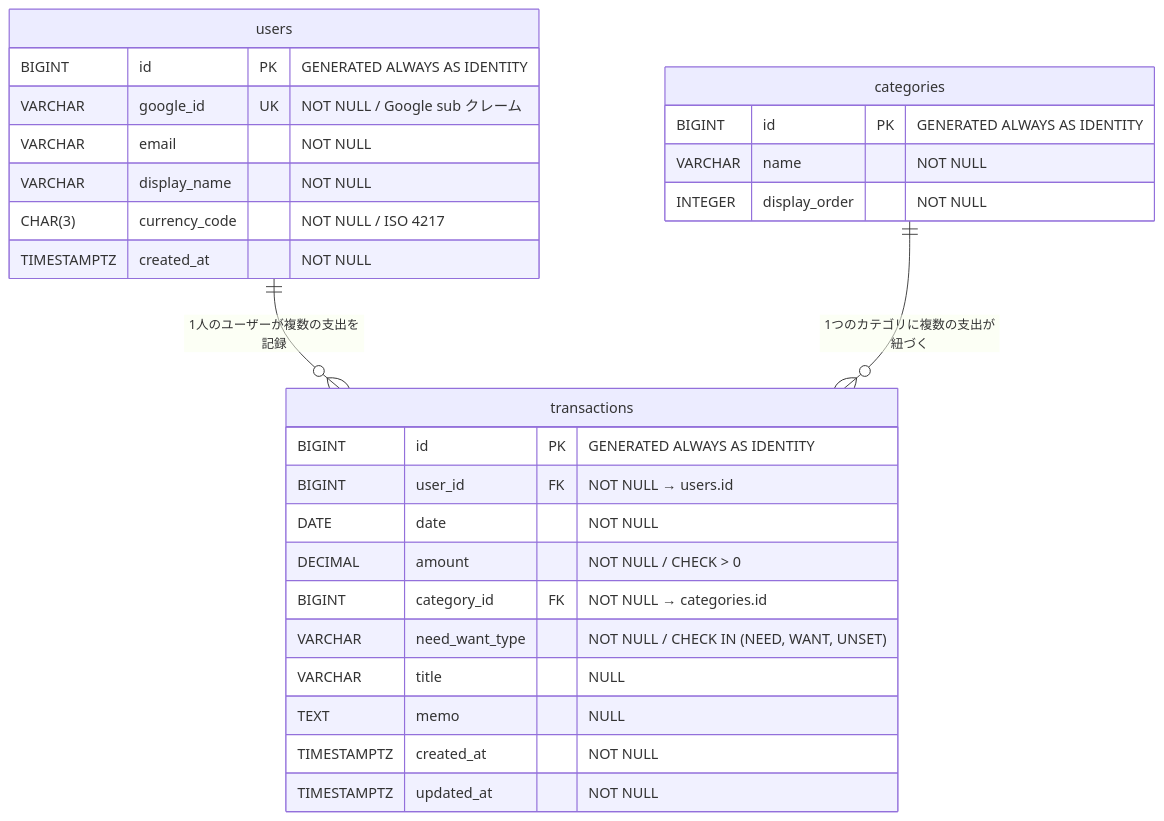
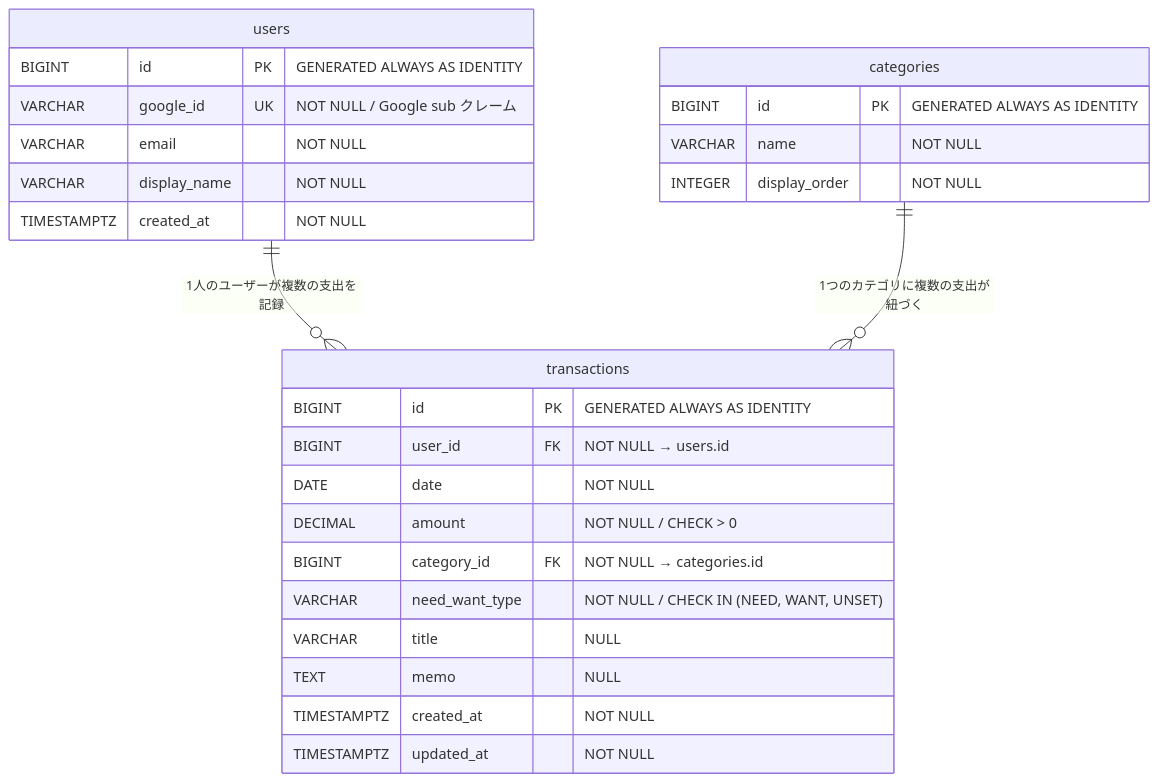
One commit to youmorry/expense-tracker changed the diagram in docs/03-design/er-diagram.md. Above: the diagram before and after it, drawn with Mermaid. The commit also changed other lines of this file and 7 other files, not shown here.

````diff
--- a/docs/03-design/er-diagram.md
+++ b/docs/03-design/er-diagram.md
@@ -12,33 +12,32 @@
 ```mermaid
 erDiagram
     users {
         BIGINT id PK "GENERATED ALWAYS AS IDENTITY"
         VARCHAR google_id UK "NOT NULL / Google sub クレーム"
         VARCHAR email "NOT NULL"
         VARCHAR display_name "NOT NULL"
-        CHAR(3) currency_code "NOT NULL / ISO 4217"
         TIMESTAMPTZ created_at "NOT NULL"
     }
 
     categories {
         BIGINT id PK "GENERATED ALWAYS AS IDENTITY"
         VARCHAR name "NOT NULL"
         INTEGER display_order "NOT NULL"
     }
 
     transactions {
         BIGINT id PK "GENERATED ALWAYS AS IDENTITY"
         BIGINT user_id FK "NOT NULL → users.id"
         DATE date "NOT NULL"
         DECIMAL amount "NOT NULL / CHECK > 0"
         BIGINT category_id FK "NOT NULL → categories.id"
         VARCHAR need_want_type "NOT NULL / CHECK IN (NEED, WANT, UNSET)"
         VARCHAR title "NULL"
         TEXT memo "NULL"
         TIMESTAMPTZ created_at "NOT NULL"
         TIMESTAMPTZ updated_at "NOT NULL"
     }
 
     users ||--o{ transactions : "1人のユーザーが複数の支出を記録"
     categories ||--o{ transactions : "1つのカテゴリに複数の支出が紐づく"
 ```
````
